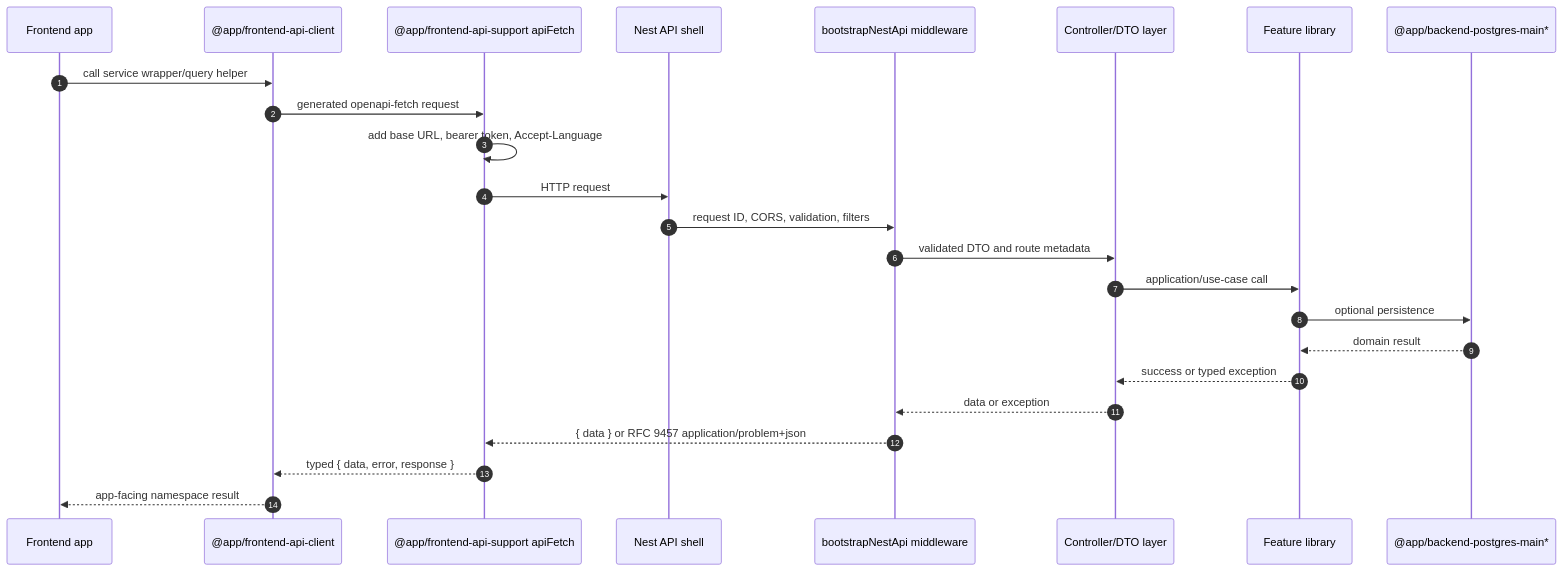
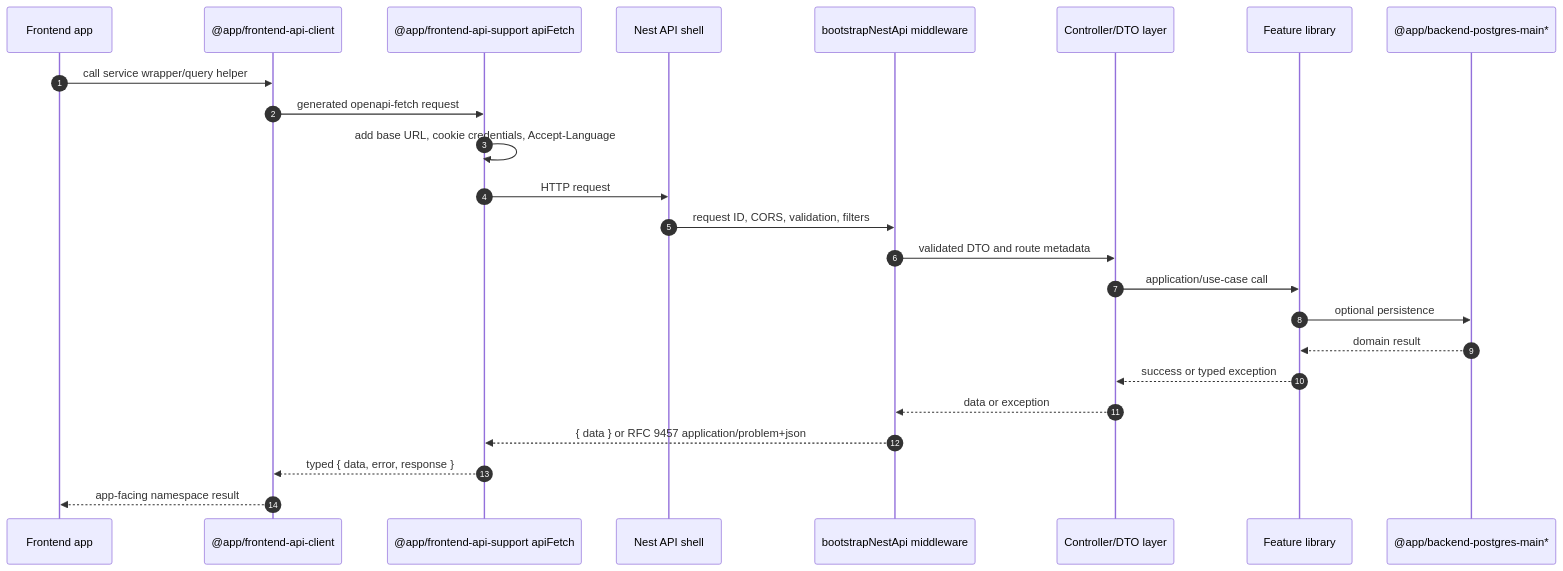
Before and after one commit to nmime/nest-react-boilerplate: the diagram in docs/api-conventions.md, drawn with Mermaid. The commit also changed other lines of this file and 373 other files, not shown here.

````diff
--- a/docs/api-conventions.md
+++ b/docs/api-conventions.md
@@ -124,26 +123,26 @@
 ```mermaid
 sequenceDiagram
   autonumber
   participant Browser as Frontend app
   participant Client as @app/frontend-api-client
   participant Support as @app/frontend-api-support apiFetch
   participant Api as Nest API shell
   participant Bootstrap as bootstrapNestApi middleware
   participant Controller as Controller/DTO layer
   participant Feature as Feature library
   participant Store as @app/backend-postgres-main*
   Browser->>Client: call service wrapper/query helper
   Client->>Support: generated openapi-fetch request
-  Support->>Support: add base URL, bearer token, Accept-Language
+  Support->>Support: add base URL, cookie credentials, Accept-Language
   Support->>Api: HTTP request
   Api->>Bootstrap: request ID, CORS, validation, filters
   Bootstrap->>Controller: validated DTO and route metadata
   Controller->>Feature: application/use-case call
   Feature->>Store: optional persistence
   Store-->>Feature: domain result
   Feature-->>Controller: success or typed exception
   Controller-->>Bootstrap: data or exception
   Bootstrap-->>Support: { data } or RFC 9457 application/problem+json
   Support-->>Client: typed { data, error, response }
   Client-->>Browser: app-facing namespace result
 ```
````
